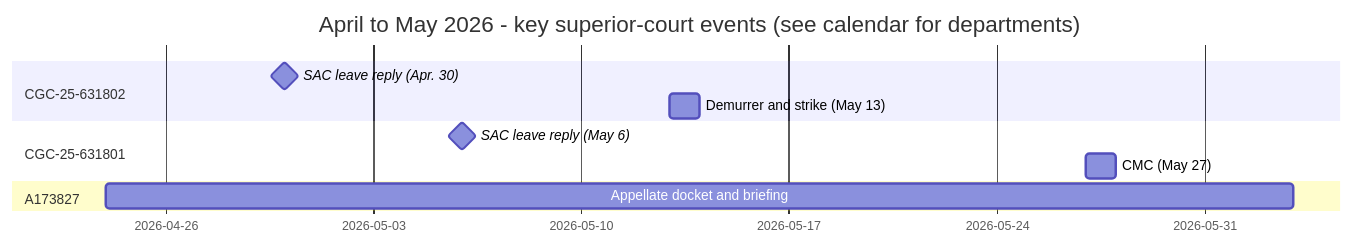
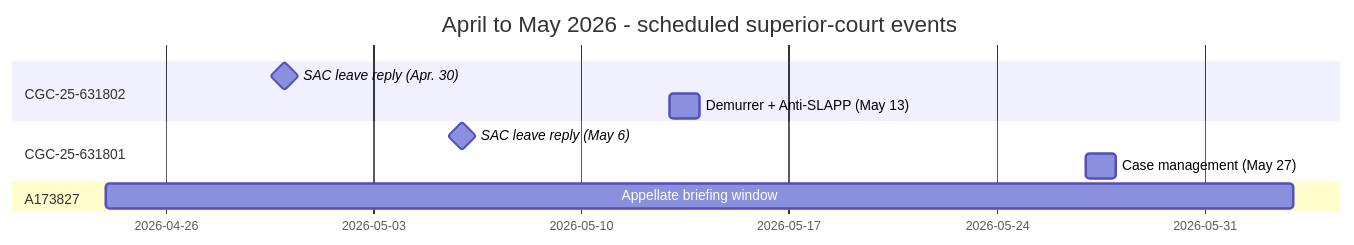
Before and after one commit to Municipal-Public-Trust-in-A-i/CSAA-ABDELHALIM-WONG-PSA-CSK: the first of 3 diagrams in README.md, drawn with Mermaid. The commit also changed other lines of this file, not shown here.

First line of the commit message:
Update README.md to reflect case details and navigation improvements

````diff
--- a/README.md
+++ b/README.md
@@ -31,13 +52,13 @@
 ```mermaid
 gantt
-    title April to May 2026 - key superior-court events (see calendar for departments)
-    dateFormat  YYYY-MM-DD
+    title April to May 2026 - scheduled superior-court events
+    dateFormat YYYY-MM-DD
     section CGC-25-631802
-    SAC leave reply (Apr. 30)           :milestone, m802a, 2026-04-30, 0d
-    Demurrer and strike (May 13)        :m802b, 2026-05-13, 1d
+    SAC leave reply (Apr. 30)        :milestone, m802a, 2026-04-30, 0d
+    Demurrer + Anti-SLAPP (May 13)   :m802b, 2026-05-13, 1d
     section CGC-25-631801
-    SAC leave reply (May 6)            :milestone, m801a, 2026-05-06, 0d
-    CMC (May 27)                       :m801b, 2026-05-27, 1d
+    SAC leave reply (May 6)          :milestone, m801a, 2026-05-06, 0d
+    Case management (May 27)         :m801b, 2026-05-27, 1d
     section A173827
-    Appellate docket and briefing      :a173, 2026-04-24, 40d
+    Appellate briefing window        :a173, 2026-04-24, 40d
 ```
````
